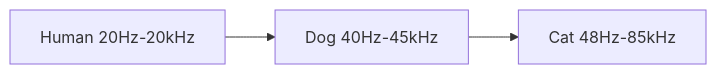
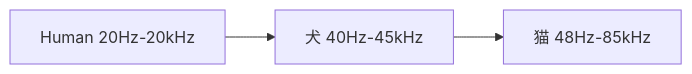
Before and after one commit to monumental-movement/monumental-movement.github.io: the first of 5 diagrams in en/_posts/2026-04-11-column-dog-cat-music.md, drawn with Mermaid. The commit also changed other lines of this file and 2196 other files, not shown here.

```diff
--- a/en/_posts/2026-04-11-column-dog-cat-music.md
+++ b/en/_posts/2026-04-11-column-dog-cat-music.md
@@ -134,5 +133,5 @@
 <div class="mermaid">
 graph LR
-A[Human 20Hz-20kHz] --> B[Dog 40Hz-45kHz]
-B --> C[Cat 48Hz-85kHz]
+A[Human 20Hz-20kHz] --> B[犬 40Hz-45kHz]
+B --> C[猫 48Hz-85kHz]
 </div>
```
